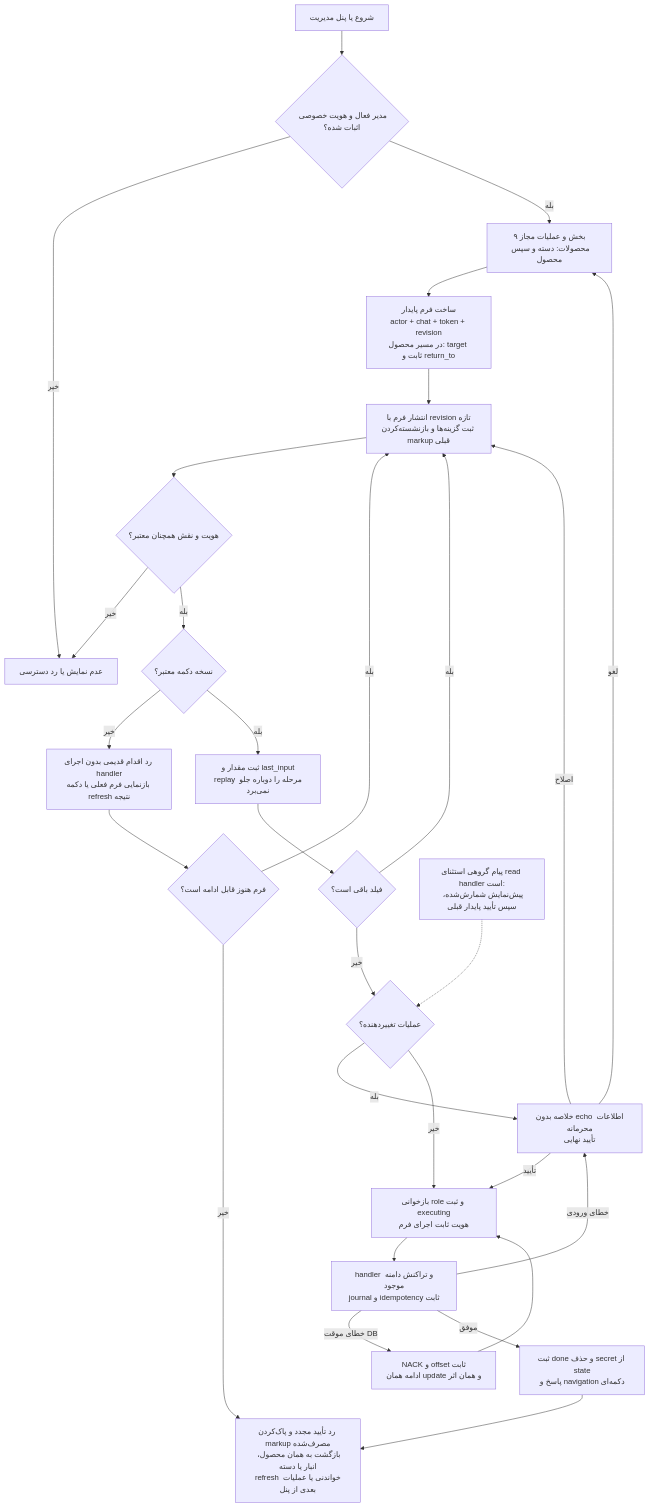
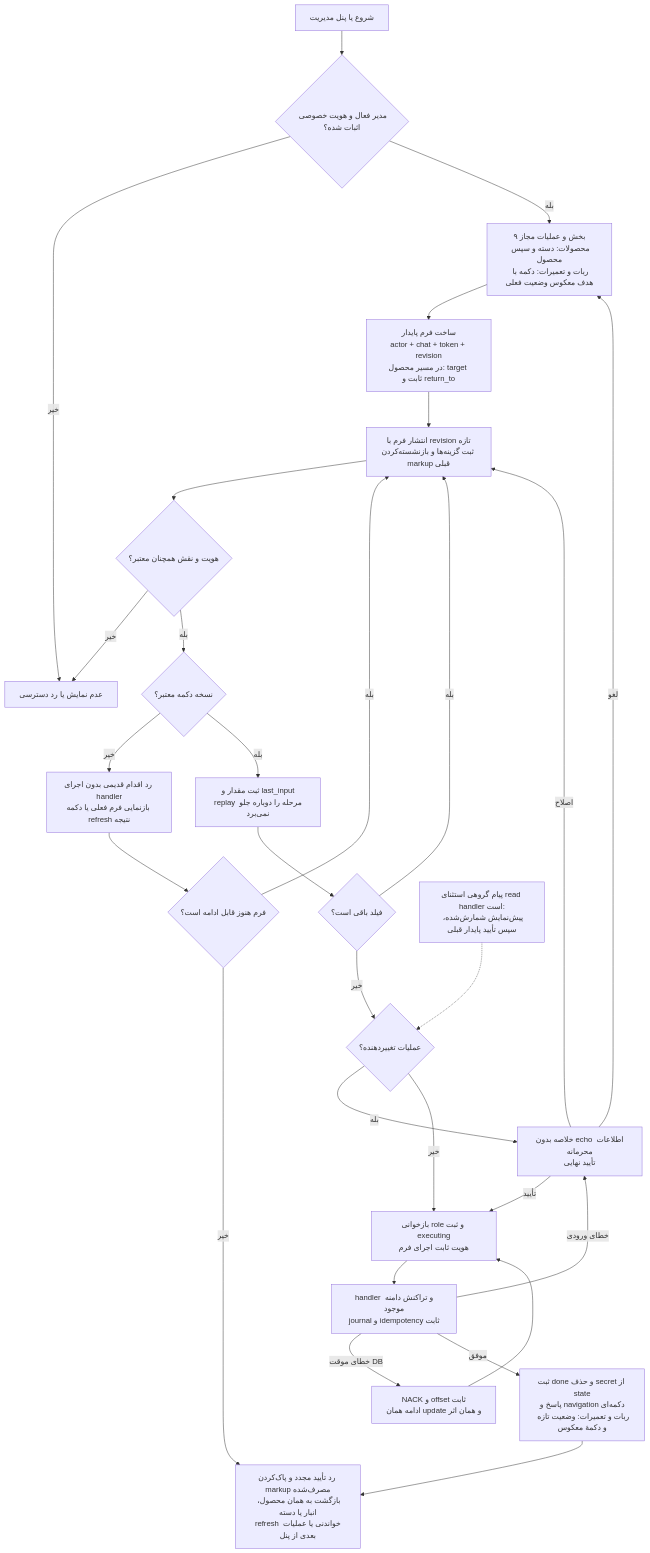
Before and after one commit to mohamadkheiry/aibotTelegram: the diagram in docs/diagrams/16-admin-button-form.mmd, drawn with Mermaid. The commit also changed 19 other files, not shown here.

```diff
--- a/docs/diagrams/16-admin-button-form.mmd
+++ b/docs/diagrams/16-admin-button-form.mmd
@@ -1,30 +1,30 @@
 flowchart TB
     A["شروع یا پنل مدیریت"] --> G{"مدیر فعال و هویت خصوصی اثبات شده؟"}
     G -- خیر --> Deny["عدم نمایش یا رد دسترسی"]
-    G -- بله --> B["۹ بخش و عملیات مجاز<br/>محصولات: دسته و سپس محصول"]
+    G -- بله --> B["۹ بخش و عملیات مجاز<br/>محصولات: دسته و سپس محصول<br/>ربات و تعمیرات: دکمه با هدف معکوس وضعیت فعلی"]
     B --> C["ساخت فرم پایدار<br/>actor + chat + token + revision<br/>در مسیر محصول: target ثابت و return_to"]
     C --> D["انتشار فرم با revision تازه<br/>ثبت گزینه‌ها و بازنشسته‌کردن markup قبلی"]
     D --> Access{"هویت و نقش همچنان معتبر؟"}
     Access -- خیر --> Deny
     Access -- بله --> V{"نسخه دکمه معتبر؟"}
     V -- خیر --> Stale["رد اقدام قدیمی بدون اجرای handler<br/>بازنمایی فرم فعلی یا دکمه refresh نتیجه"]
     Stale --> Current{"فرم هنوز قابل ادامه است؟"}
     Current -- بله --> D
     Current -- خیر --> Next
     V -- بله --> Save["ثبت مقدار و last_input<br/>replay مرحله را دوباره جلو نمی‌برد"]
     Save --> More{"فیلد باقی است؟"}
     More -- بله --> D
     More -- خیر --> M{"عملیات تغییردهنده؟"}
     M -- بله --> Preview["خلاصه بدون echo اطلاعات محرمانه<br/>تأیید نهایی"]
     M -- خیر --> Execute
     Preview -- اصلاح --> D
     Preview -- لغو --> B
     Preview -- تأیید --> Execute["بازخوانی role و ثبت executing<br/>هویت ثابت اجرای فرم"]
     Execute --> Domain["handler و تراکنش دامنه موجود<br/>journal و idempotency ثابت"]
     Domain -- خطای موقت DB --> Retry["NACK و offset ثابت<br/>ادامه همان update و همان اثر"]
     Retry --> Execute
     Domain -- خطای ورودی --> Preview
-    Domain -- موفق --> Done["ثبت done و حذف secret از state<br/>پاسخ و navigation دکمه‌ای"]
+    Domain -- موفق --> Done["ثبت done و حذف secret از state<br/>پاسخ و navigation دکمه‌ای<br/>ربات و تعمیرات: وضعیت تازه و دکمهٔ معکوس"]
     Done --> Next["رد تأیید مجدد و پاک‌کردن markup مصرف‌شده<br/>بازگشت به همان محصول، انبار یا دسته<br/>refresh خواندنی یا عملیات بعدی از پنل"]
     Broadcast["پیام گروهی استثنای read handler است:<br/>پیش‌نمایش شمارش‌شده، سپس تأیید پایدار قبلی"]
     Broadcast -.-> M
```
